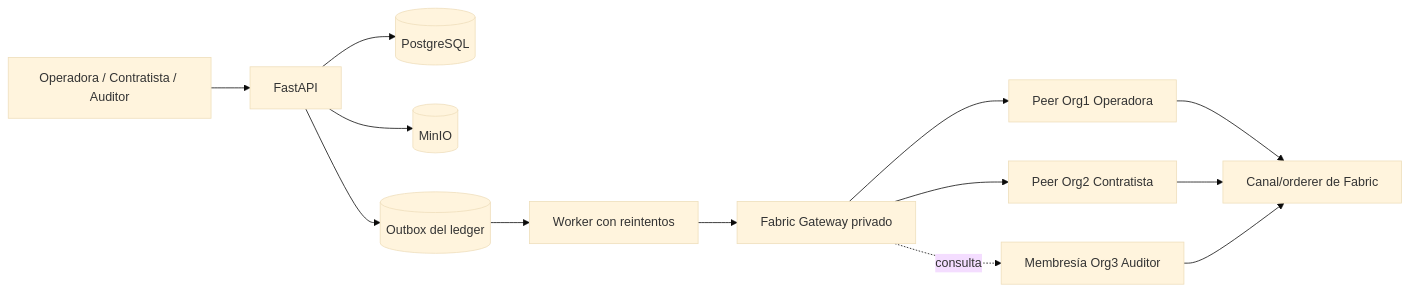
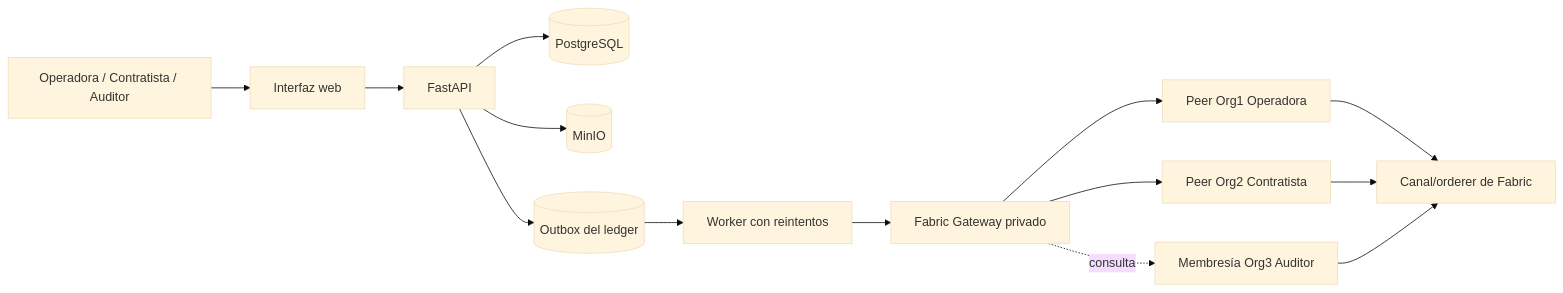
The diagram in README.md (Garbox0/FIELDLEDGER), drawn with Mermaid (base theme) before and after one commit. The commit also changed other lines of this file and 17 other files, not shown here.

First line of the commit message:
Agregar interfaz web operacional (#1)

````diff
--- a/README.md
+++ b/README.md
@@ -31,13 +31,14 @@
 ```mermaid
 flowchart LR
-    Usuarios[Operadora / Contratista / Auditor] --> API[FastAPI]
+    Usuarios[Operadora / Contratista / Auditor] --> UI[Interfaz web]
+    UI --> API[FastAPI]
     API --> DB[(PostgreSQL)]
     API --> Archivos[(MinIO)]
     API --> Outbox[(Outbox del ledger)]
     Outbox --> Worker[Worker con reintentos]
     Worker --> Gateway[Fabric Gateway privado]
     Gateway --> O[Peer Org1 Operadora]
     Gateway --> C[Peer Org2 Contratista]
     Gateway -. consulta .-> A[Membresía Org3 Auditor]
     O & C & A --> Orderer[Canal/orderer de Fabric]
 ```
````
